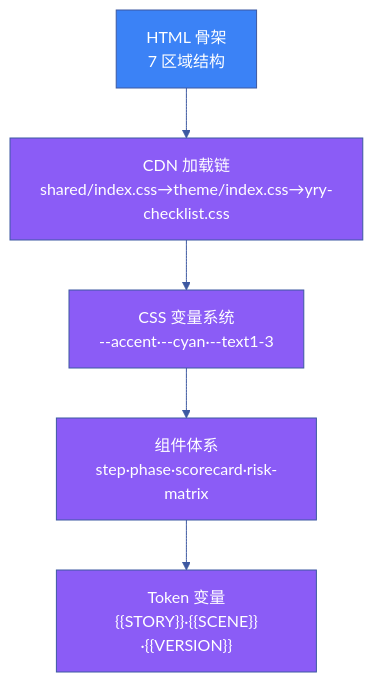
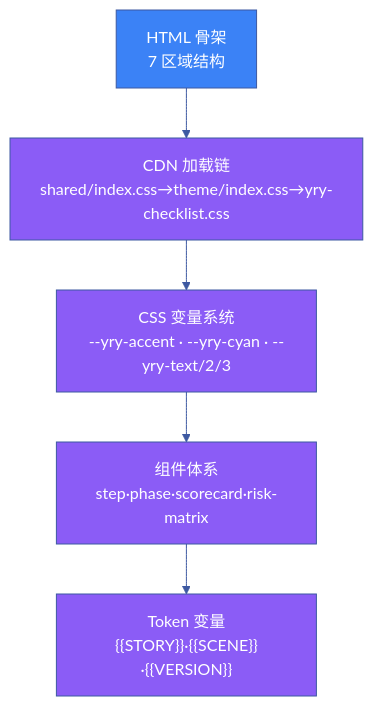
The first of 2 diagrams in cdn/yry-checklist/scenes/场景-1-模板架构与CSS设计系统/index.md (effiy/YrY), drawn with Mermaid before and after one commit. The commit also changed other lines of this file and 1028 other files, not shown here.

````diff
--- a/cdn/yry-checklist/scenes/场景-1-模板架构与CSS设计系统/index.md
+++ b/cdn/yry-checklist/scenes/场景-1-模板架构与CSS设计系统/index.md
@@ -11,14 +12,14 @@
 ```mermaid
 %%{init: {'theme': 'base', 'themeVariables': {
   'primaryColor': '#1e1f2b', 'primaryTextColor': '#a9b1d6',
   'primaryBorderColor': '#3d59a1', 'lineColor': '#3d59a1',
   'secondaryColor': '#2b2d3b', 'tertiaryColor': '#21232f'
 }}}%%
 flowchart TD
     SKEL["HTML 骨架<br/>7 区域结构"]:::sk --> CDN["CDN 加载链<br/>shared/index.css→theme/index.css→yry-checklist.css"]:::cs
-    CDN --> VARS["CSS 变量系统<br/>--accent·--cyan·--text1-3"]:::cs
+    CDN --> VARS["CSS 变量系统<br/>--yry-accent · --yry-cyan · --yry-text/2/3"]:::cs
     VARS --> COMP["组件体系<br/>step·phase·scorecard·risk-matrix"]:::cs
     COMP --> TOK["Token 变量<br/>{{STORY}}·{{SCENE}}·{{VERSION}}"]:::cs
     classDef sk fill:#3B82F6,color:#fff
     classDef cs fill:#8B5CF6,color:#fff
 ```
````
